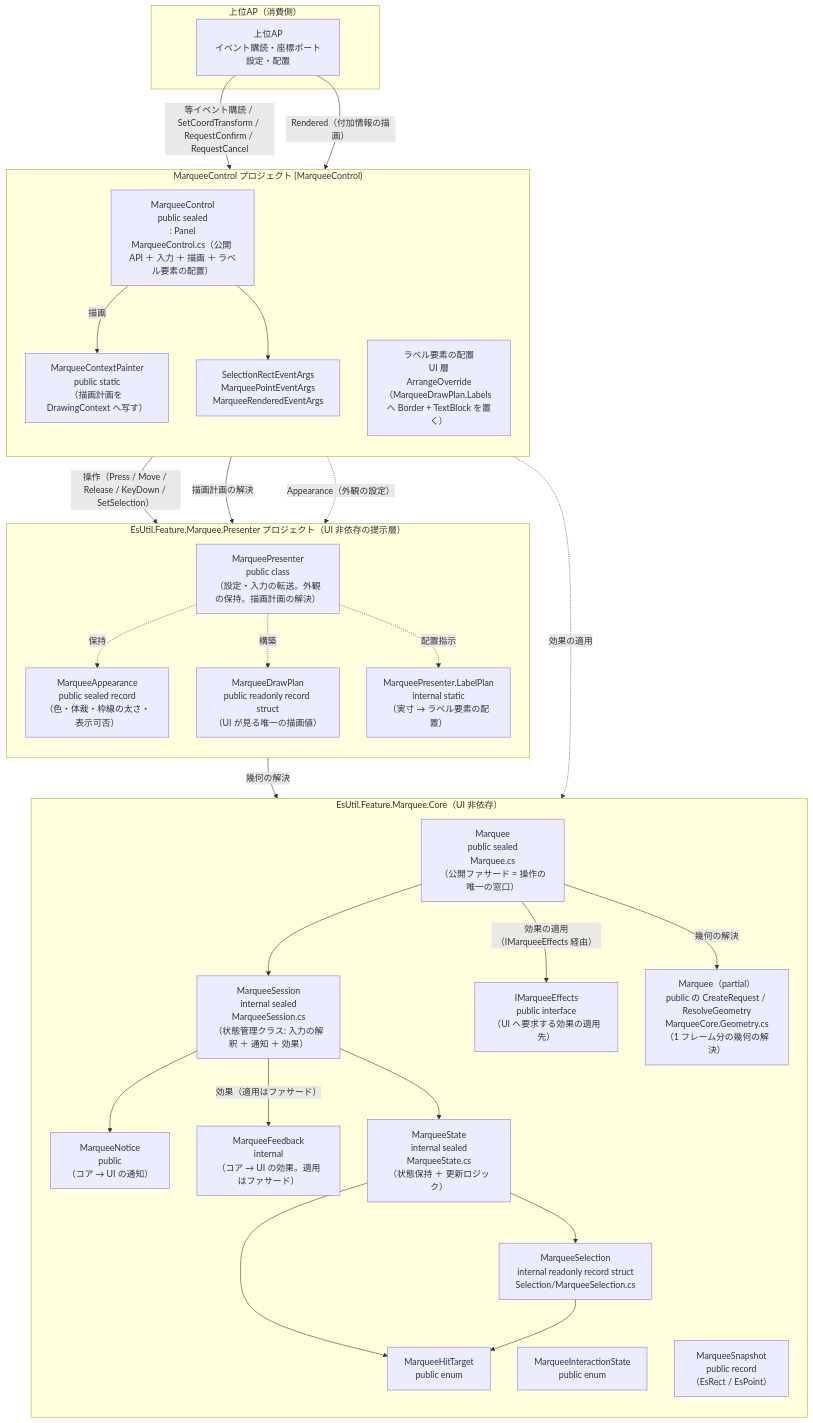
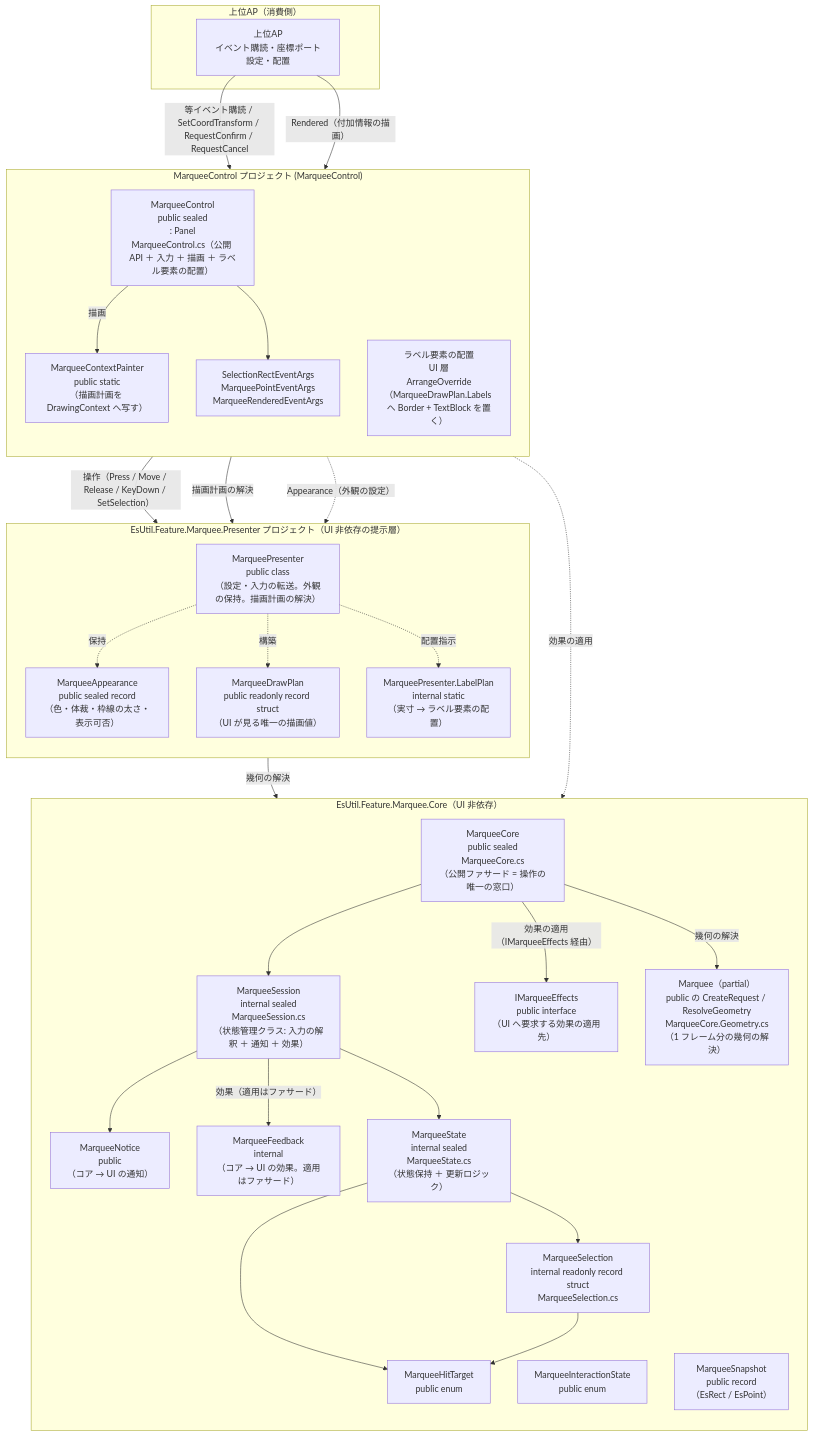
Before and after one commit to tomokuni/SaveEvidence: the first of 2 diagrams in src/EsUtil.Feature.Marquee.ControlAvaloniaUI/docs/SPEC_System.md, drawn with Mermaid. The commit also changed other lines of this file and 216 other files, not shown here.

````diff
--- a/src/EsUtil.Feature.Marquee.ControlAvaloniaUI/docs/SPEC_System.md
+++ b/src/EsUtil.Feature.Marquee.ControlAvaloniaUI/docs/SPEC_System.md
@@ -100,56 +100,56 @@
 ```mermaid
 flowchart TB
     subgraph Host["上位AP（消費側）"]
         AP["上位AP<br/>イベント購読・座標ポート設定・配置"]
     end
     subgraph Core["EsUtil.Feature.Marquee.Core（UI 非依存）"]
         direction TB
-        Fac["Marquee<br/>public sealed<br/>Marquee.cs<br/>（公開ファサード = 操作の唯一の窓口）"]
+        Fac["MarqueeCore<br/>public sealed<br/>MarqueeCore.cs<br/>（公開ファサード = 操作の唯一の窓口）"]
         Eff["IMarqueeEffects<br/>public interface<br/>（UI へ要求する効果の適用先）"]
         Ses["MarqueeSession<br/>internal sealed<br/>MarqueeSession.cs<br/>（状態管理クラス: 入力の解釈 ＋ 通知 ＋ 効果）"]
         Ntc["MarqueeNotice<br/>public<br/>（コア → UI の通知）"]
         Fbk["MarqueeFeedback<br/>internal<br/>（コア → UI の効果。適用はファサード）"]
         Stt["MarqueeState<br/>internal sealed<br/>MarqueeState.cs<br/>（状態保持 ＋ 更新ロジック）"]
-        Geo["MarqueeSelection<br/>internal readonly record struct<br/>Selection/MarqueeSelection.cs"]
+        Geo["MarqueeSelection<br/>internal readonly record struct<br/>MarqueeSelection.cs"]
         Hdl["MarqueeHitTarget<br/>public enum"]
         Hdl2["MarqueeInteractionState<br/>public enum"]
         Hdl3["MarqueeSnapshot<br/>public record<br/>（EsRect / EsPoint）"]
         Frm["Marquee（partial）<br/>public の CreateRequest / ResolveGeometry<br/>MarqueeCore.Geometry.cs<br/>（1 フレーム分の幾何の解決）"]
     end
     subgraph DRC2["MarqueeControl プロジェクト (MarqueeControl)"]
         direction TB
         Ctl["MarqueeControl<br/>public sealed<br/>: Panel<br/>MarqueeControl.cs（公開 API ＋ 入力 ＋ 描画 ＋ ラベル要素の配置）"]
         Painter["MarqueeContextPainter<br/>public static<br/>（描画計画を DrawingContext へ写す）"]
         Lbl["ラベル要素の配置<br/>UI 層<br/>ArrangeOverride<br/>（MarqueeDrawPlan.Labels へ Border + TextBlock を置く）"]
         Evt["SelectionRectEventArgs<br/>MarqueePointEventArgs<br/>MarqueeRenderedEventArgs"]
     end
     subgraph Rnd2["EsUtil.Feature.Marquee.Presenter プロジェクト（UI 非依存の提示層）"]
         direction TB
         Prs["MarqueePresenter<br/>public class<br/>（設定・入力の転送。外観の保持。描画計画の解決）"]
         Plan["MarqueeDrawPlan<br/>public readonly record struct<br/>（UI が見る唯一の描画値）"]
         Apx["MarqueeAppearance<br/>public sealed record<br/>（色・体裁・枠線の太さ・表示可否）"]
         Pln["MarqueePresenter.LabelPlan<br/>internal static<br/>（実寸 → ラベル要素の配置）"]
     end
 
     AP -->|等イベント購読 / SetCoordTransform / RequestConfirm / RequestCancel| Ctl
     AP -->|Rendered（付加情報の描画）| Lbl
     Ctl -->|操作（Press / Move / Release / KeyDown / SetSelection）| Prs
     Ctl -.->|効果の適用| Eff
     Ctl -->|描画計画の解決| Prs
     Ctl -->|描画| Painter
     Ctl -.->|Appearance（外観の設定）| Prs
     Prs -.->|保持| Apx
     Prs -.->|構築| Plan
     Prs -.->|配置指示| Pln
     Prs -->|幾何の解決| Fac
     Fac --> Ses
     Fac -->|効果の適用（IMarqueeEffects 経由）| Eff
     Fac -->|幾何の解決| Frm
     Ctl --> Evt
     Ses --> Ntc
     Ses -->|効果（適用はファサード）| Fbk
     Ses --> Stt
     Stt --> Geo
     Stt --> Hdl
     Geo --> Hdl
 ```
````
